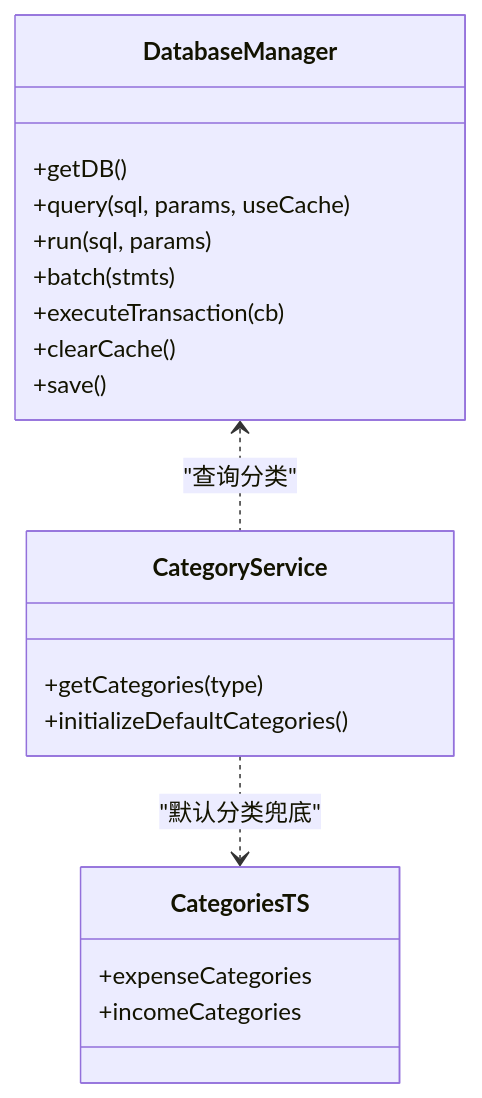
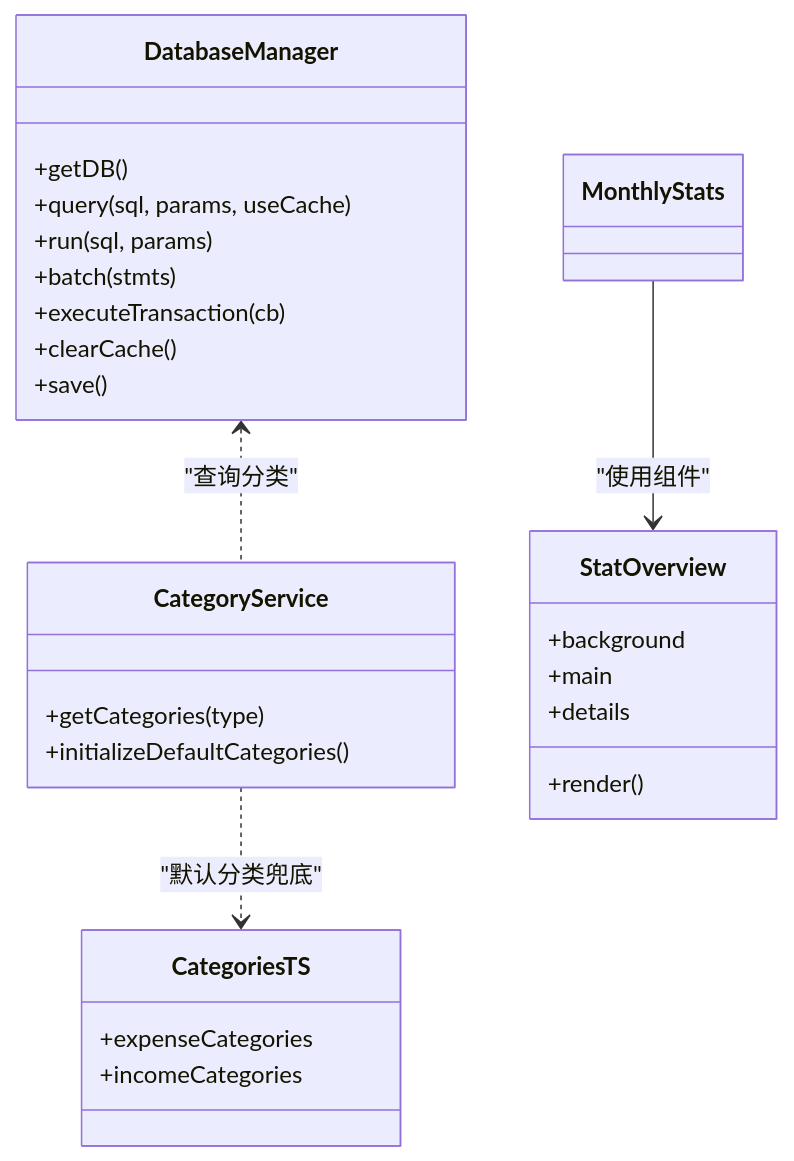
Before and after one commit to xiao-lin-unit/yuan: the seventh of 8 diagrams in .qoder/repowiki/zh/content/支出管理/支出统计分析.md, drawn with Mermaid. The commit also changed other lines of this file and 14 other files, not shown here.

````diff
--- a/.qoder/repowiki/zh/content/支出管理/支出统计分析.md
+++ b/.qoder/repowiki/zh/content/支出管理/支出统计分析.md
@@ -247,22 +292,29 @@
 ```mermaid
 classDiagram
 class DatabaseManager {
 +getDB()
 +query(sql, params, useCache)
 +run(sql, params)
 +batch(stmts)
 +executeTransaction(cb)
 +clearCache()
 +save()
 }
 class CategoryService {
 +getCategories(type)
 +initializeDefaultCategories()
 }
 class CategoriesTS {
 +expenseCategories
 +incomeCategories
 }
+class StatOverview {
++background
++main
++details
++render()
+}
 DatabaseManager <.. CategoryService : "查询分类"
 CategoryService ..> CategoriesTS : "默认分类兜底"
+MonthlyStats --> StatOverview : "使用组件"
 ```
````
